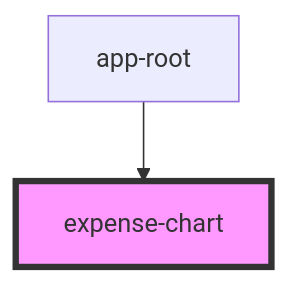
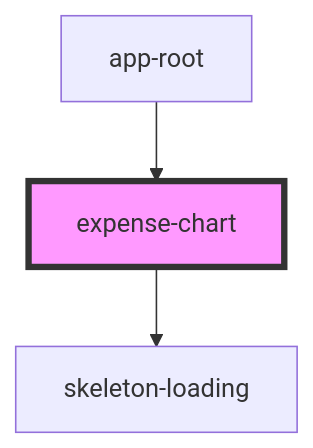
The diagram in src/components/expense-chart/readme.md (AdedayoMj/B_Stencil_Frontend), drawn with Mermaid before and after one commit. The commit also changed other lines of this file and 20 other files, not shown here.

````diff
--- a/src/components/expense-chart/readme.md
+++ b/src/components/expense-chart/readme.md
@@ -22,5 +23,6 @@
 ```mermaid
 graph TD;
+  expense-chart --> skeleton-loading
   app-root --> expense-chart
   style expense-chart fill:#f9f,stroke:#333,stroke-width:4px
 ```
````
